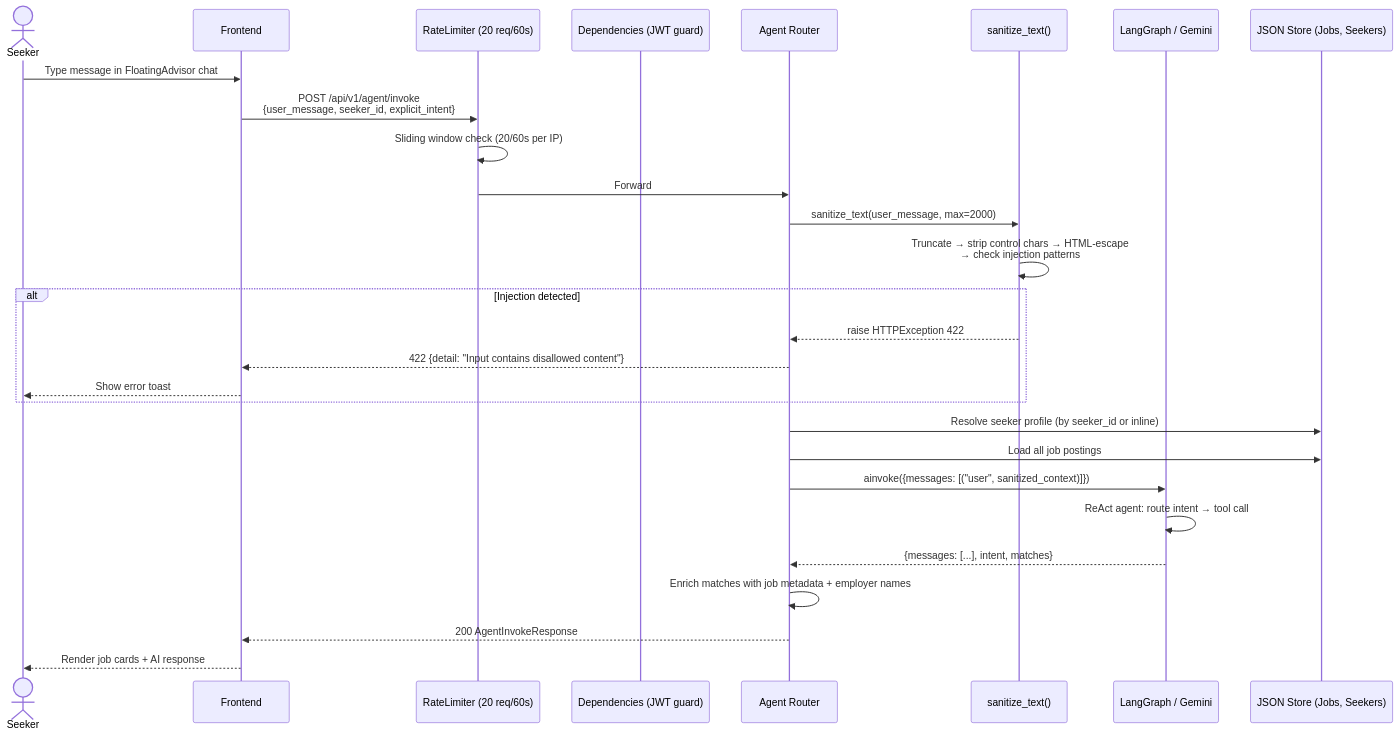
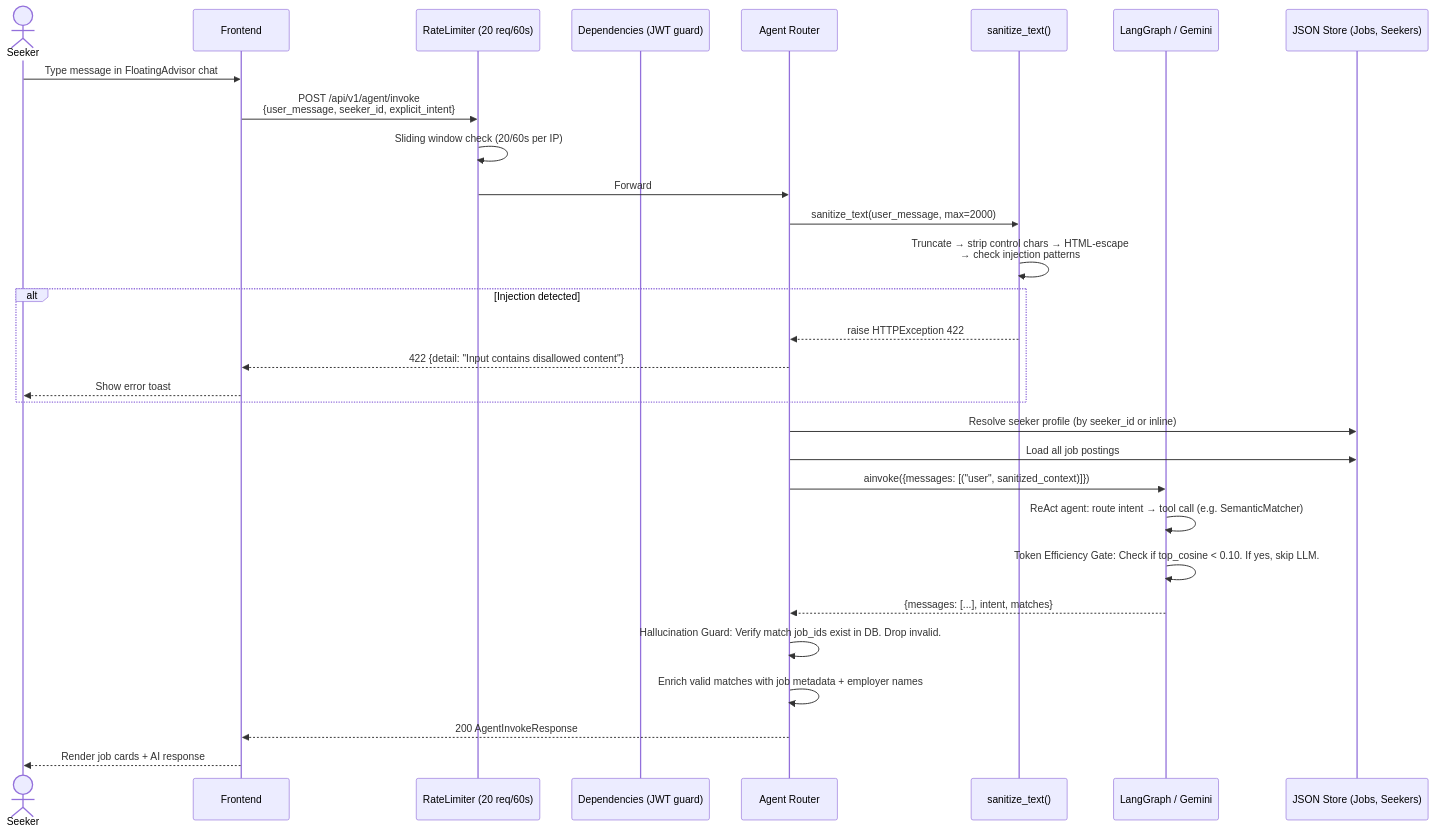
One commit to LouSens/KerjaCerdas changed the third of 7 diagrams in docs/SEQUENCE_DIAGRAMS.md. Above: the diagram before and after it, drawn with Mermaid. The commit also changed 5 other files, not shown here.

````diff
--- a/docs/SEQUENCE_DIAGRAMS.md
+++ b/docs/SEQUENCE_DIAGRAMS.md
@@ -104,31 +104,33 @@
 ```mermaid
 sequenceDiagram
     actor S as Seeker
     participant F as Frontend
     participant RL as RateLimiter (20 req/60s)
     participant DP as Dependencies (JWT guard)
     participant AG as Agent Router
     participant SN as sanitize_text()
     participant LG as LangGraph / Gemini
     participant DB as JSON Store (Jobs, Seekers)
 
     S->>F: Type message in FloatingAdvisor chat
     F->>RL: POST /api/v1/agent/invoke<br/>{user_message, seeker_id, explicit_intent}
     RL->>RL: Sliding window check (20/60s per IP)
     RL->>AG: Forward
     AG->>SN: sanitize_text(user_message, max=2000)
     SN->>SN: Truncate → strip control chars → HTML-escape<br/>→ check injection patterns
     alt Injection detected
         SN-->>AG: raise HTTPException 422
         AG-->>F: 422 {detail: "Input contains disallowed content"}
         F-->>S: Show error toast
     end
     AG->>DB: Resolve seeker profile (by seeker_id or inline)
     AG->>DB: Load all job postings
     AG->>LG: ainvoke({messages: [("user", sanitized_context)]})
-    LG->>LG: ReAct agent: route intent → tool call
+    LG->>LG: ReAct agent: route intent → tool call (e.g. SemanticMatcher)
+    LG->>LG: Token Efficiency Gate: Check if top_cosine < 0.10. If yes, skip LLM.
     LG-->>AG: {messages: [...], intent, matches}
-    AG->>AG: Enrich matches with job metadata + employer names
+    AG->>AG: Hallucination Guard: Verify match job_ids exist in DB. Drop invalid.
+    AG->>AG: Enrich valid matches with job metadata + employer names
     AG-->>F: 200 AgentInvokeResponse
     F-->>S: Render job cards + AI response
 ```
````
